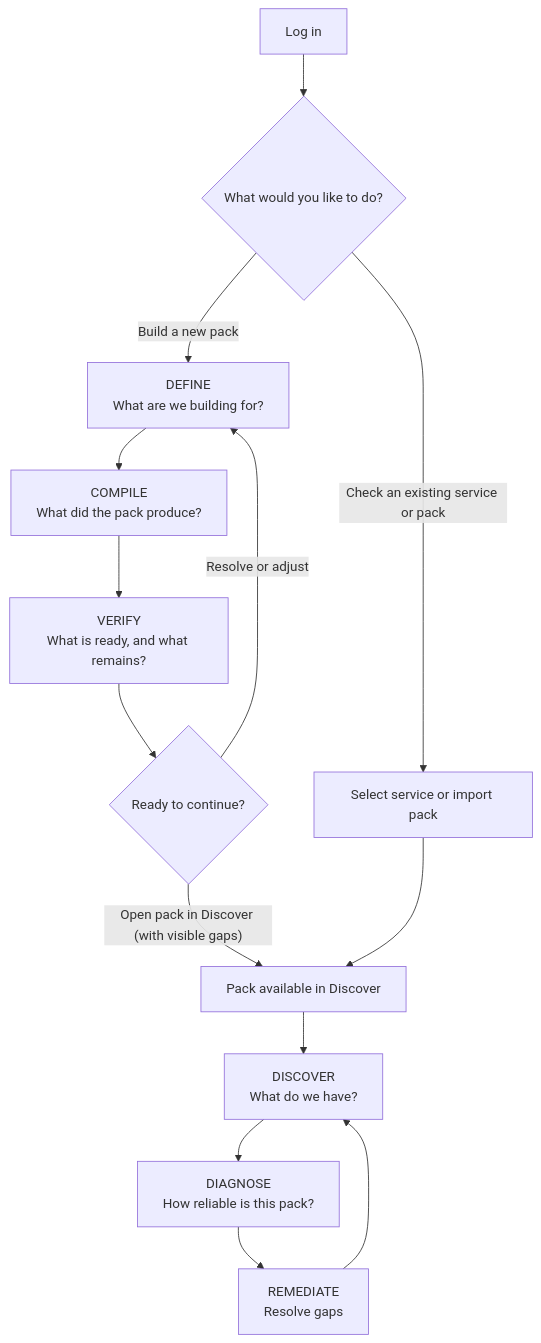
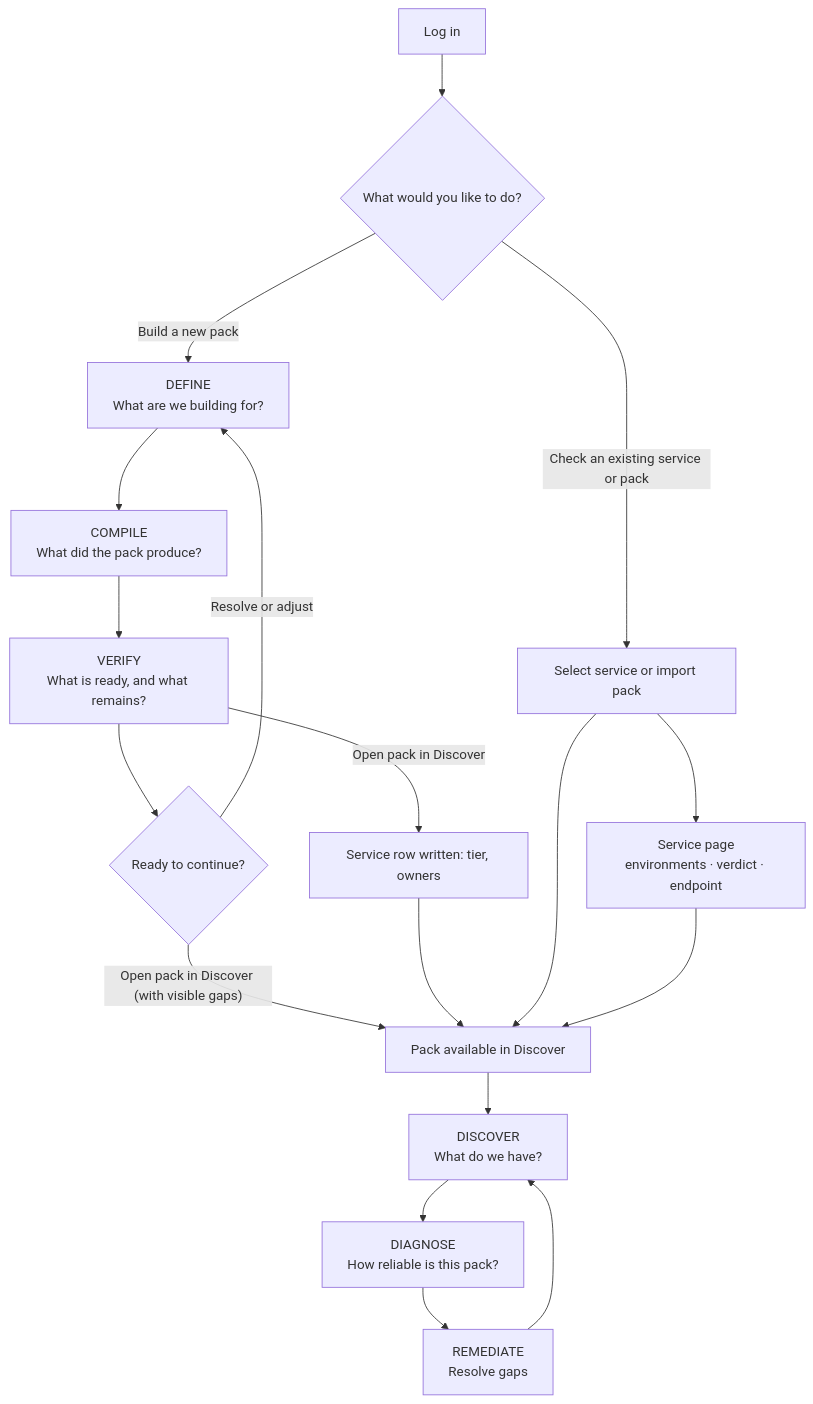
One commit to MoebiusX/Observogram changed the diagram in docs/BUILD_JOURNEY.md. Above: the diagram before and after it, drawn with Mermaid. The commit also changed other lines of this file and 7 other files, not shown here.

````diff
--- a/docs/BUILD_JOURNEY.md
+++ b/docs/BUILD_JOURNEY.md
@@ -25,16 +25,18 @@
 ```mermaid
 flowchart TD
     A["Log in"] --> B{"What would you like to do?"}
     B -->|"Check an existing service or pack"| C["Select service or import pack"]
     B -->|"Build a new pack"| D["DEFINE<br/>What are we building for?"]
     D --> E["COMPILE<br/>What did the pack produce?"]
     E --> F["VERIFY<br/>What is ready, and what remains?"]
     F --> G{"Ready to continue?"}
     G -->|"Resolve or adjust"| D
     G -->|"Open pack in Discover (with visible gaps)"| H["Pack available in Discover"]
+    F -->|"Open pack in Discover"| H2["Service row written: tier, owners"] --> H
     C --> H
+    C --> C2["Service page<br/>environments · verdict · endpoint"] --> H
     H --> I["DISCOVER<br/>What do we have?"]
     I --> J["DIAGNOSE<br/>How reliable is this pack?"]
     J --> K["REMEDIATE<br/>Resolve gaps"]
     K --> I
 ```
````
